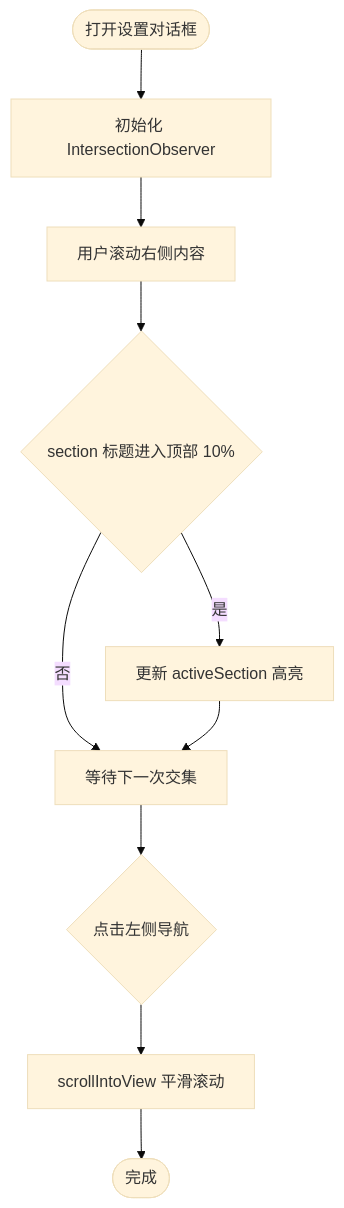
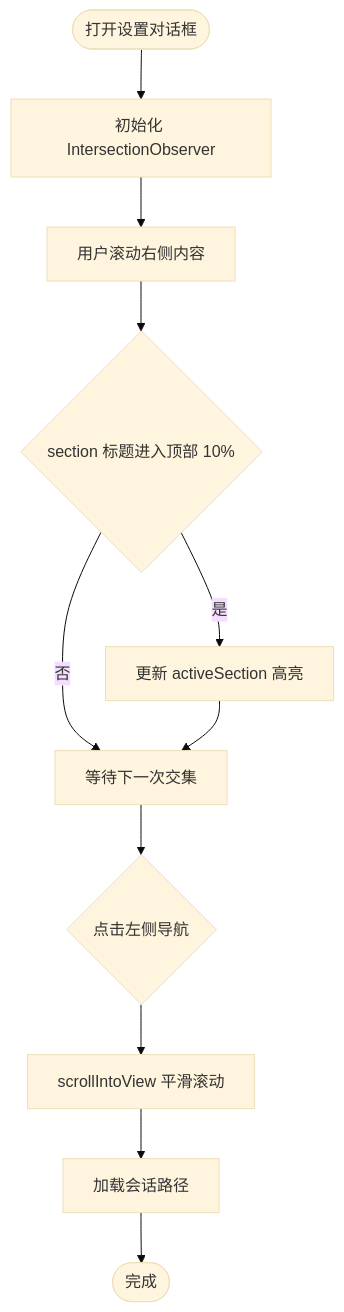
The third of 10 diagrams in .qoder/repowiki/zh/content/前端应用/UI 组件库/设置对话框组件.md (billye220670/CorineKit_Pix2Real), drawn with Mermaid (base theme) before and after one commit. The commit also changed other lines of this file and 13 other files, not shown here.

````diff
--- a/.qoder/repowiki/zh/content/前端应用/UI 组件库/设置对话框组件.md
+++ b/.qoder/repowiki/zh/content/前端应用/UI 组件库/设置对话框组件.md
@@ -182,12 +214,13 @@
 ```mermaid
 flowchart TD
 Start(["打开设置对话框"]) --> Observe["初始化 IntersectionObserver"]
 Observe --> Scroll["用户滚动右侧内容"]
 Scroll --> Check{"section 标题进入顶部 10%"}
 Check --> |是| Highlight["更新 activeSection 高亮"]
 Check --> |否| Wait["等待下一次交集"]
 Highlight --> Wait
 Wait --> NavClick{"点击左侧导航"}
 NavClick --> ScrollTo["scrollIntoView 平滑滚动"]
-ScrollTo --> End(["完成"])
+ScrollTo --> PathLoad["加载会话路径"]
+PathLoad --> End(["完成"])
 ```
````
